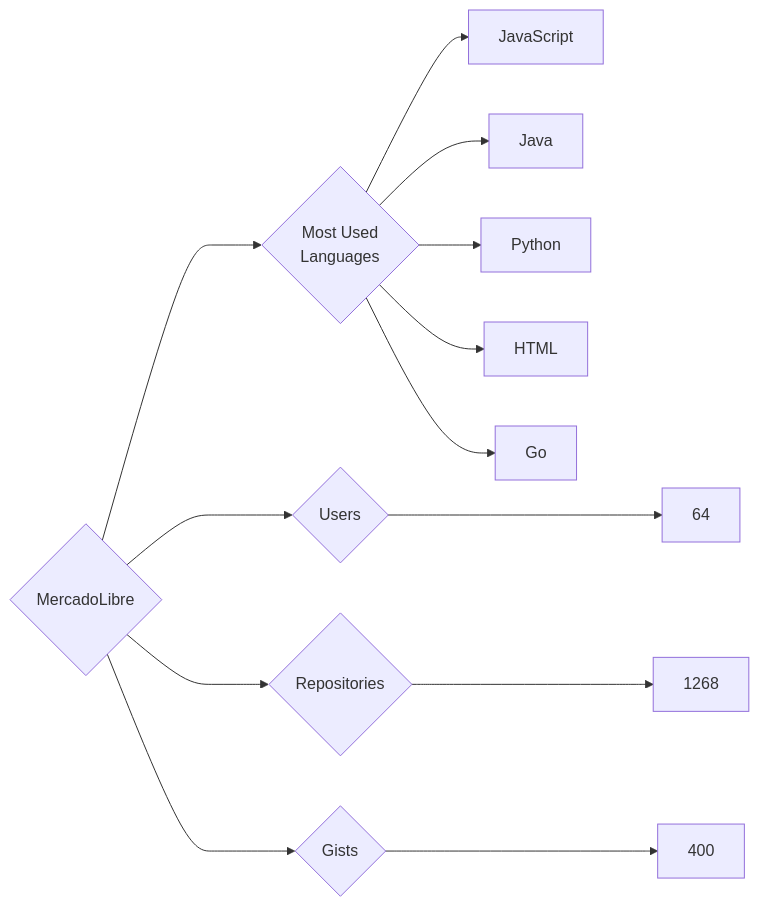
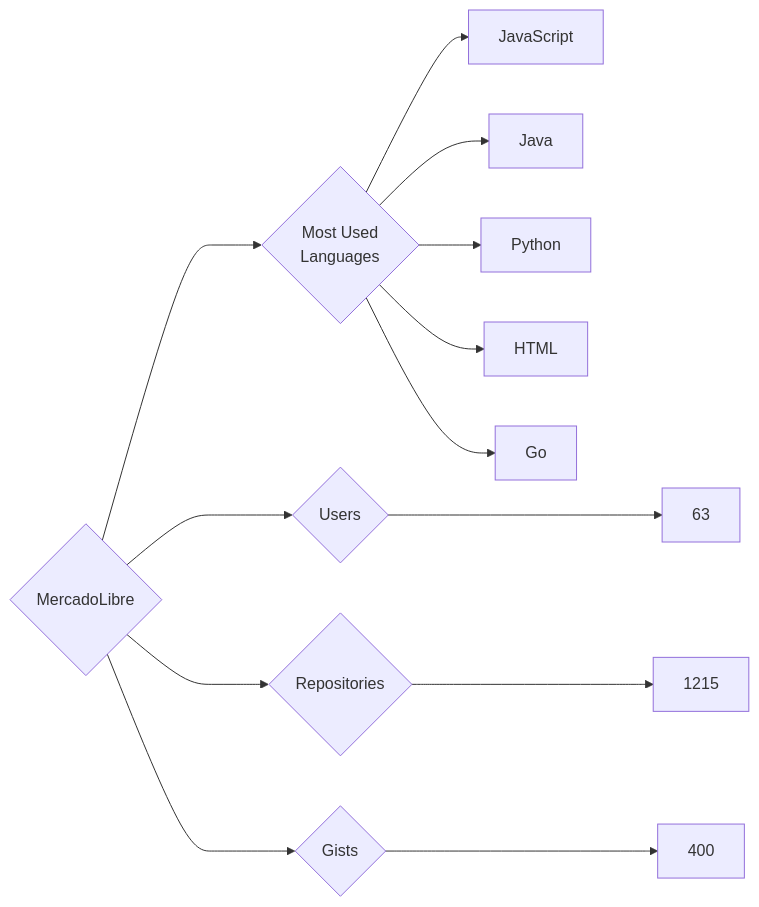
Before and after one commit to trickest/insiders: the diagram in targets/MercadoLibre/README.md, drawn with Mermaid. The commit also changed 682 other files, not shown here.

````diff
--- a/targets/MercadoLibre/README.md
+++ b/targets/MercadoLibre/README.md
@@ -3,13 +3,13 @@
 ```mermaid
 graph LR
 COMPANY_NAME{MercadoLibre}
-COMPANY_NAME ---> U{Users} ---> UN[64]
-COMPANY_NAME ---> R{Repositories} ---> RN[1268]
+COMPANY_NAME ---> U{Users} ---> UN[63]
+COMPANY_NAME ---> R{Repositories} ---> RN[1215]
 COMPANY_NAME ---> G{Gists} ---> GN[400]
 COMPANY_NAME ---> ML{Most Used<br>Languages}
 ML --> JavaScript[JavaScript]
 ML --> Java[Java]
 ML --> Python[Python]
 ML --> HTML[HTML]
 ML --> Go[Go]
 ```
````
